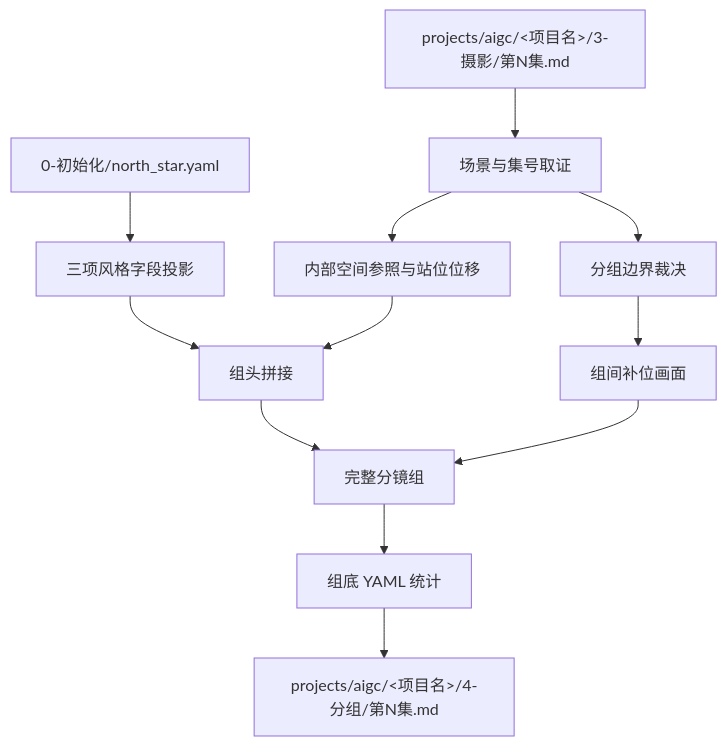
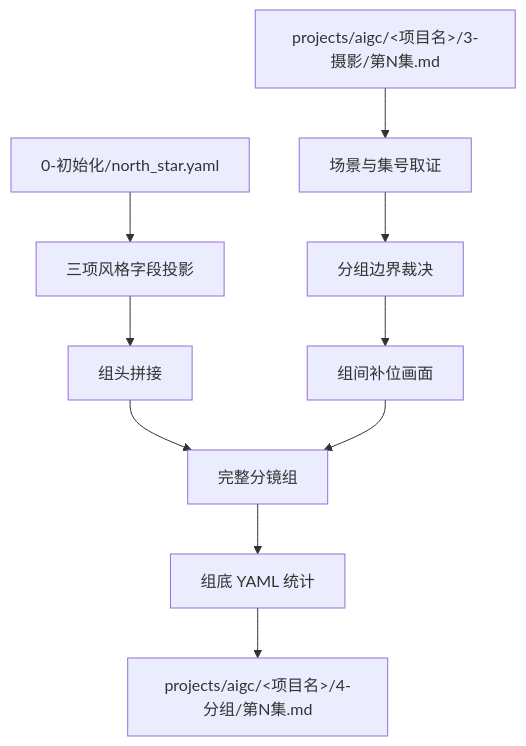
The first of 4 diagrams in .agents/skills/aigc/4-分组/SKILL.md (ZEN-VOID/AI-CUT), drawn with Mermaid before and after one commit. The commit also changed other lines of this file and 122 other files, not shown here.

````diff
--- a/.agents/skills/aigc/4-分组/SKILL.md
+++ b/.agents/skills/aigc/4-分组/SKILL.md
@@ -86,14 +86,12 @@
 ```mermaid
 flowchart TD
     A["projects/aigc/<项目名>/3-摄影/第N集.md"] --> B["场景与集号取证"]
     C["0-初始化/north_star.yaml"] --> D["三项风格字段投影"]
-    B --> S["内部空间参照与站位位移"]
     B --> E["分组边界裁决"]
     D --> F["组头拼接"]
-    S --> F
     E --> G["组间补位画面"]
     F --> H["完整分镜组"]
     G --> H
     H --> I["组底 YAML 统计"]
     I --> J["projects/aigc/<项目名>/4-分组/第N集.md"]
 ```
````
